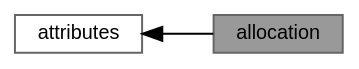
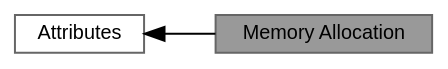
The diagram in df/dbd/group__allocation__attributes.dot (ekmett/ein), drawn with Graphviz before and after one commit. The commit also changed 196 other files, not shown here.

```diff
--- a/df/dbd/group__allocation__attributes.dot
+++ b/df/dbd/group__allocation__attributes.dot
@@ -1,11 +1,11 @@
-digraph "allocation"
+digraph "Memory Allocation"
 {
  // LATEX_PDF_SIZE
   bgcolor="transparent";
   edge [fontname=Helvetica,fontsize=10,labelfontname=Helvetica,labelfontsize=10];
   node [fontname=Helvetica,fontsize=10,shape=box,height=0.2,width=0.4];
   rankdir=LR;
-  Node1 [id="Node000001",label="allocation",height=0.2,width=0.4,color="gray40", fillcolor="grey60", style="filled", fontcolor="black",tooltip=" "];
-  Node2 [id="Node000002",label="attributes",height=0.2,width=0.4,color="grey40", fillcolor="white", style="filled",URL="$d4/d86/group__attributes.html",tooltip="macros used to provide useful attributes"];
+  Node1 [id="Node000001",label="Memory Allocation",height=0.2,width=0.4,color="gray40", fillcolor="grey60", style="filled", fontcolor="black",tooltip=" "];
+  Node2 [id="Node000002",label="Attributes",height=0.2,width=0.4,color="grey40", fillcolor="white", style="filled",URL="$d4/d86/group__attributes.html",tooltip="macros used to provide useful attributes"];
   Node2->Node1 [shape=plaintext, dir="back", style="solid"];
 }
```
